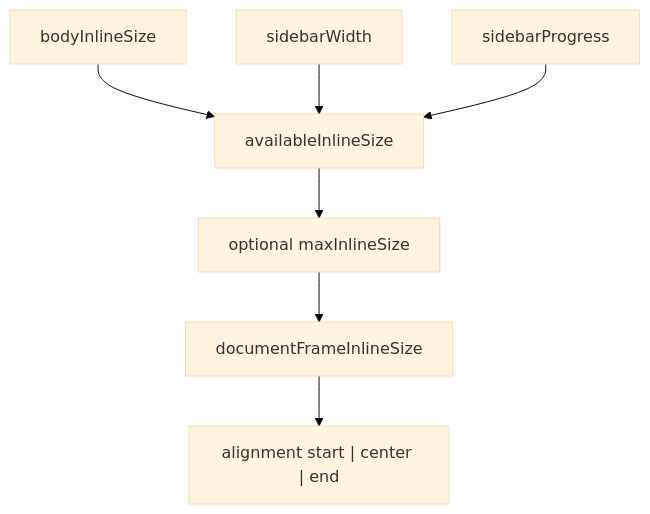
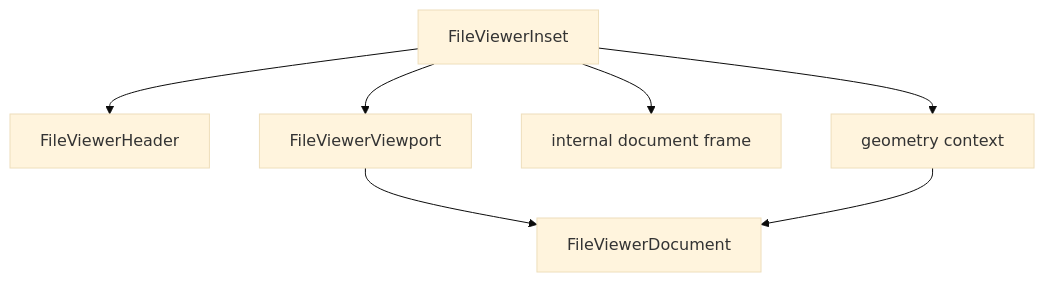
Before and after one commit to retab-dev/retab-ui: diagram 11 of 22 in design/file-viewer-geometry-contract-blueprint.md, drawn with Mermaid (base theme). The commit also changed other lines of this file and 98 other files, not shown here.

````diff
--- a/design/file-viewer-geometry-contract-blueprint.md
+++ b/design/file-viewer-geometry-contract-blueprint.md
@@ -181,17 +609,16 @@
 ```mermaid
 flowchart TD
-  Body["bodyInlineSize"]
-  SidebarWidth["sidebarWidth"]
-  Progress["sidebarProgress"]
-  Available["availableInlineSize"]
-  Max["optional maxInlineSize"]
-  Align["alignment start | center | end"]
-  Frame["documentFrameInlineSize"]
+  Inset["FileViewerInset"]
+  Header["FileViewerHeader"]
+  Viewport["FileViewerViewport"]
+  Frame["internal document frame"]
+  Geometry["geometry context"]
+  Document["FileViewerDocument"]
 
-  Body --> Available
-  SidebarWidth --> Available
-  Progress --> Available
-  Available --> Max
-  Max --> Frame
-  Frame --> Align
+  Inset --> Header
+  Inset --> Viewport
+  Inset --> Frame
+  Inset --> Geometry
+  Viewport --> Document
+  Geometry --> Document
 ```
````
